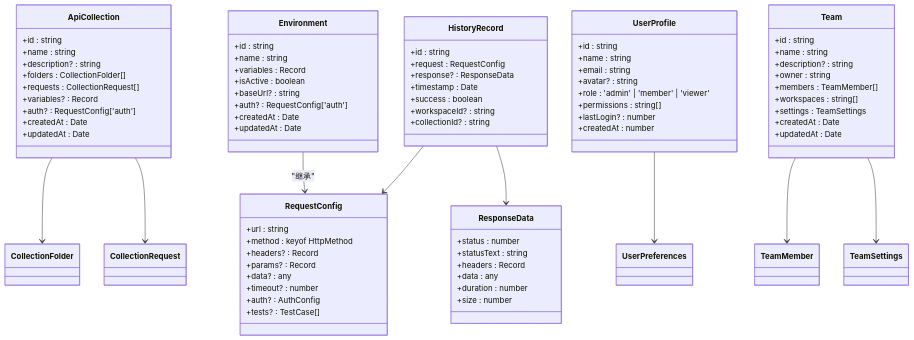
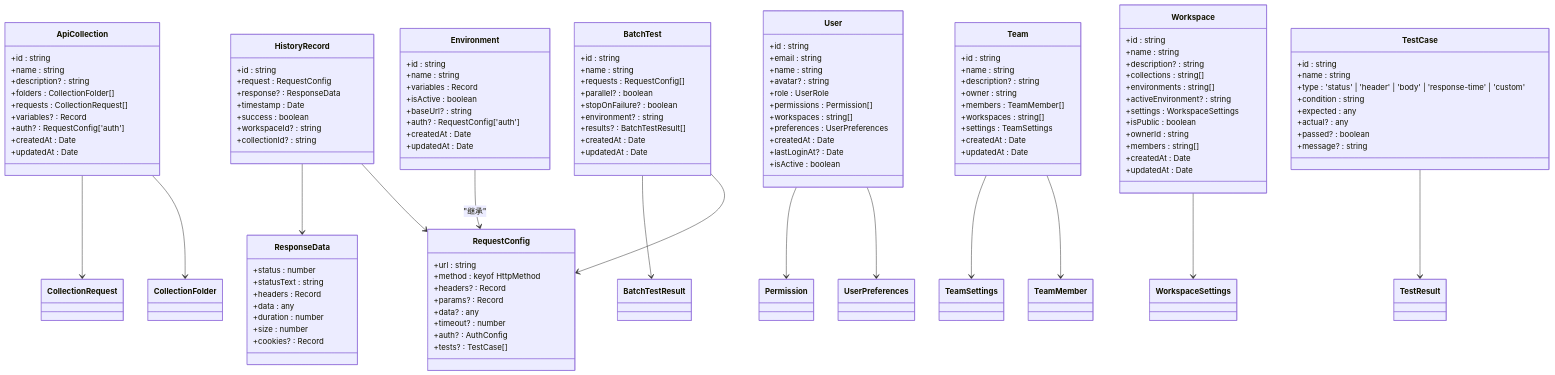
The second of 3 diagrams in .qoder/repowiki/zh/content/API参考/共享类型.md (Mr6pets/onlineInterfaceDebugTool), drawn with Mermaid before and after one commit. The commit also changed other lines of this file and 9 other files, not shown here.

````diff
--- a/.qoder/repowiki/zh/content/API参考/共享类型.md
+++ b/.qoder/repowiki/zh/content/API参考/共享类型.md
@@ -114,15 +122,18 @@
 +workspaceId? : string
 +collectionId? : string
 }
-class UserProfile {
+class User {
 +id : string
++email : string
 +name : string
-+email : string
 +avatar? : string
-+role : 'admin' | 'member' | 'viewer'
-+permissions : string[]
-+lastLogin? : number
-+createdAt : number
++role : UserRole
++permissions : Permission[]
++workspaces : string[]
++preferences : UserPreferences
++createdAt : Date
++lastLoginAt? : Date
++isActive : boolean
 }
 class Team {
 +id : string
@@ -152,13 +163,54 @@
 +data : any
 +duration : number
 +size : number
++cookies? : Record<string, string>
+}
+class BatchTest {
++id : string
++name : string
++requests : RequestConfig[]
++parallel? : boolean
++stopOnFailure? : boolean
++environment? : string
++results? : BatchTestResult[]
++createdAt : Date
++updatedAt : Date
+}
+class Workspace {
++id : string
++name : string
++description? : string
++collections : string[]
++environments : string[]
++activeEnvironment? : string
++settings : WorkspaceSettings
++isPublic : boolean
++ownerId : string
++members : string[]
++createdAt : Date
++updatedAt : Date
+}
+class TestCase {
++id : string
++name : string
++type : 'status' | 'header' | 'body' | 'response-time' | 'custom'
++condition : string
++expected : any
++actual? : any
++passed? : boolean
++message? : string
 }
 ApiCollection --> CollectionFolder
 ApiCollection --> CollectionRequest
 Environment --> RequestConfig : "继承"
 HistoryRecord --> RequestConfig
 HistoryRecord --> ResponseData
-UserProfile --> UserPreferences
+User --> UserPreferences
+User --> Permission
 Team --> TeamMember
 Team --> TeamSettings
+BatchTest --> RequestConfig
+BatchTest --> BatchTestResult
+Workspace --> WorkspaceSettings
+TestCase --> TestResult
 ```
````
